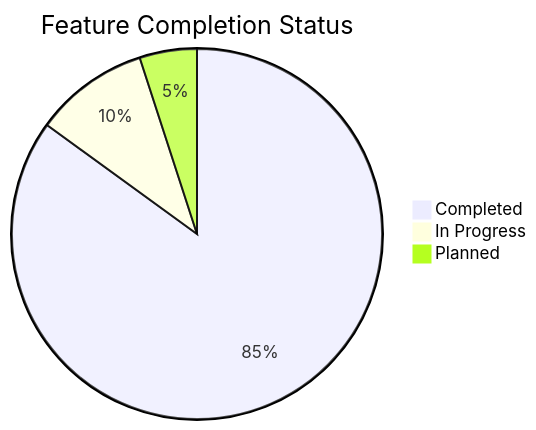
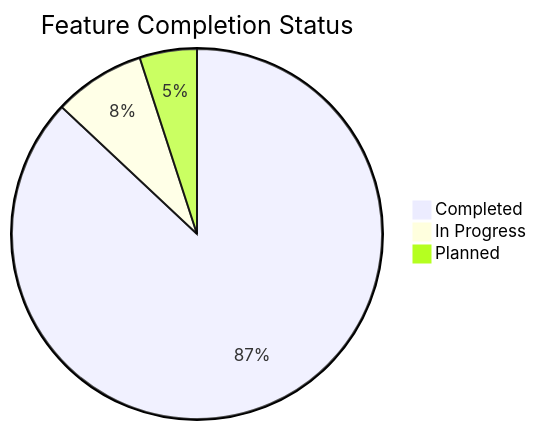
One commit to mrj0nesmtl/cloud-burst changed the second of 2 diagrams in docs/planning/roadmap.md. Above: the diagram before and after it, drawn with Mermaid. The commit also changed other lines of this file and 3 other files, not shown here.

````diff
--- a/docs/planning/roadmap.md
+++ b/docs/planning/roadmap.md
@@ -325,6 +335,6 @@
 ```mermaid
 pie title Feature Completion Status
-    "Completed" : 85
-    "In Progress" : 10
+    "Completed" : 87
+    "In Progress" : 8
     "Planned" : 5
 ```
````
